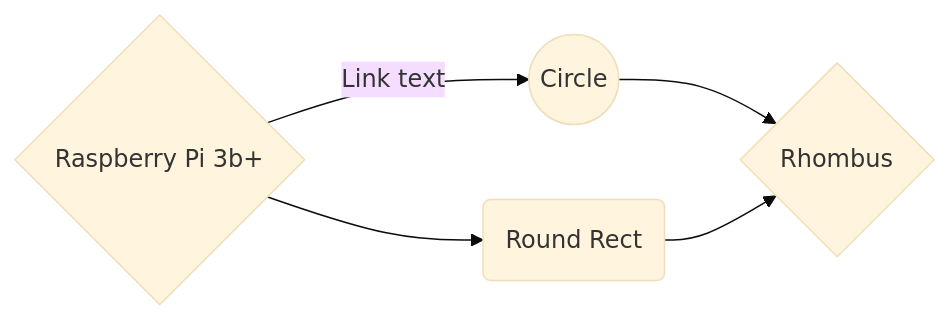
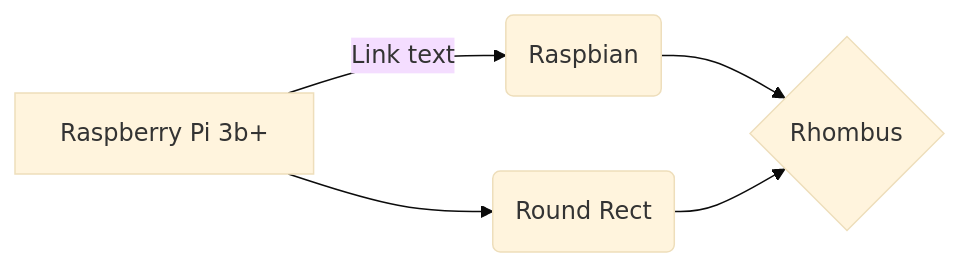
Before and after one commit to we4sel/we4sel.github.io: the diagram in station.md.md, drawn with Mermaid (base theme). The commit also changed other lines of this file, not shown here.

Commit message:
station.md.md updated from https://stackedit.io/

````diff
--- a/station.md.md
+++ b/station.md.md
@@ -7,7 +7,7 @@
 ```mermaid
 graph LR
-A{Raspberry Pi 3b+} -- Link text --> B((Circle))
+A[Raspberry Pi 3b+] -- Link text --> B(Raspbian)
 A --> C(Round Rect)
 B --> D{Rhombus}
 C --> D
 ```
````
